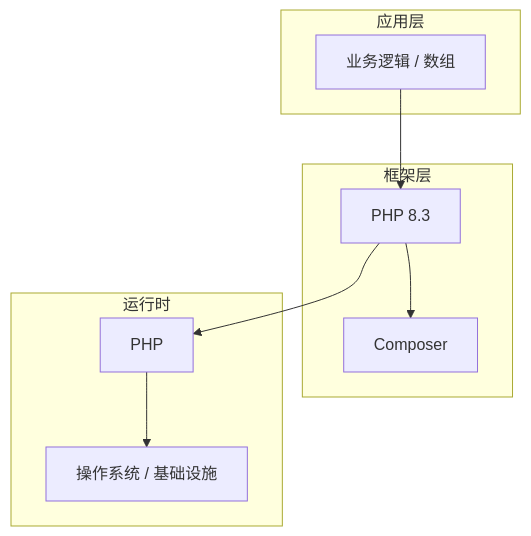
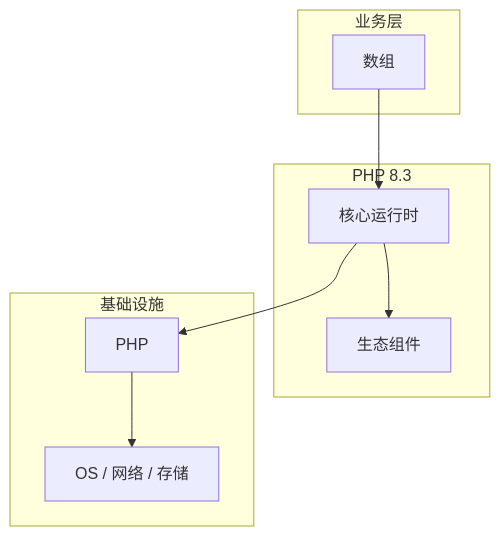
One commit to yanggan2015/knowledge-json-v2 changed the diagram in articles/PHP/chapters/025-数组核心概念与原理.md. Above: the diagram before and after it, drawn with Mermaid. The commit also changed other lines of this file and 10127 other files, not shown here.

````diff
--- a/articles/PHP/chapters/025-数组核心概念与原理.md
+++ b/articles/PHP/chapters/025-数组核心概念与原理.md
@@ -45,18 +34,18 @@
 ```mermaid
 graph TB
-    subgraph 应用层
-        A[业务逻辑 / 数组]
+    subgraph 业务层
+        A[数组]
     end
-    subgraph 框架层
-        B[PHP 8.3]
-        C[Composer]
+    subgraph PHP 8.3
+        B[核心运行时]
+        C[生态组件]
     end
-    subgraph 运行时
+    subgraph 基础设施
         D[PHP]
-        E[操作系统 / 基础设施]
+        E[OS / 网络 / 存储]
     end
     A --> B
     B --> C
     B --> D
     D --> E
 ```
````
